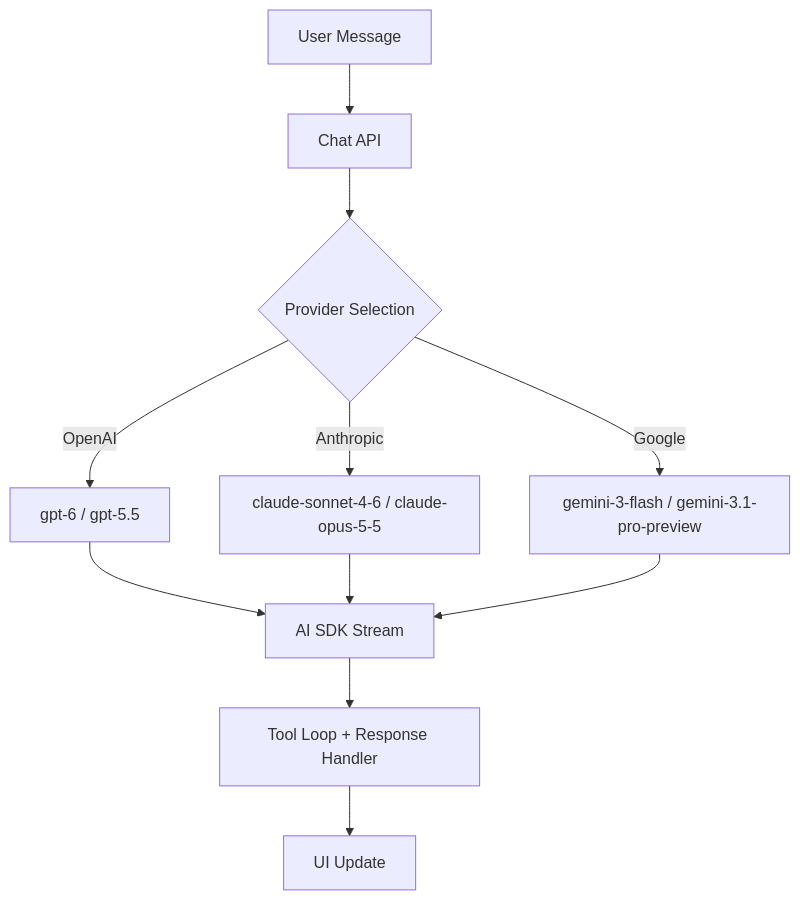
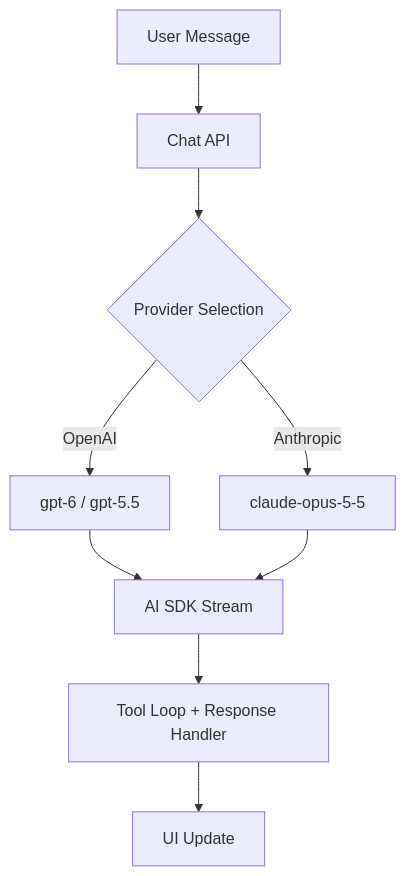
One commit to ryokun6/ryos changed the first of 3 diagrams in docs/4-ai-system.md. Above: the diagram before and after it, drawn with Mermaid. The commit also changed other lines of this file and 30 other files, not shown here.

````diff
--- a/docs/4-ai-system.md
+++ b/docs/4-ai-system.md
@@ -19,13 +16,11 @@
 ```mermaid
 graph TD
     A[User Message] --> B[Chat API]
     B --> C{Provider Selection}
     C -->|OpenAI| D[gpt-6 / gpt-5.5]
-    C -->|Anthropic| E[claude-sonnet-4-6 / claude-opus-5-5]
-    C -->|Google| F[gemini-3-flash / gemini-3.1-pro-preview]
+    C -->|Anthropic| E[claude-opus-5-5]
     D --> G[AI SDK Stream]
     E --> G
-    F --> G
     G --> H[Tool Loop + Response Handler]
     H --> I[UI Update]
 ```
````
